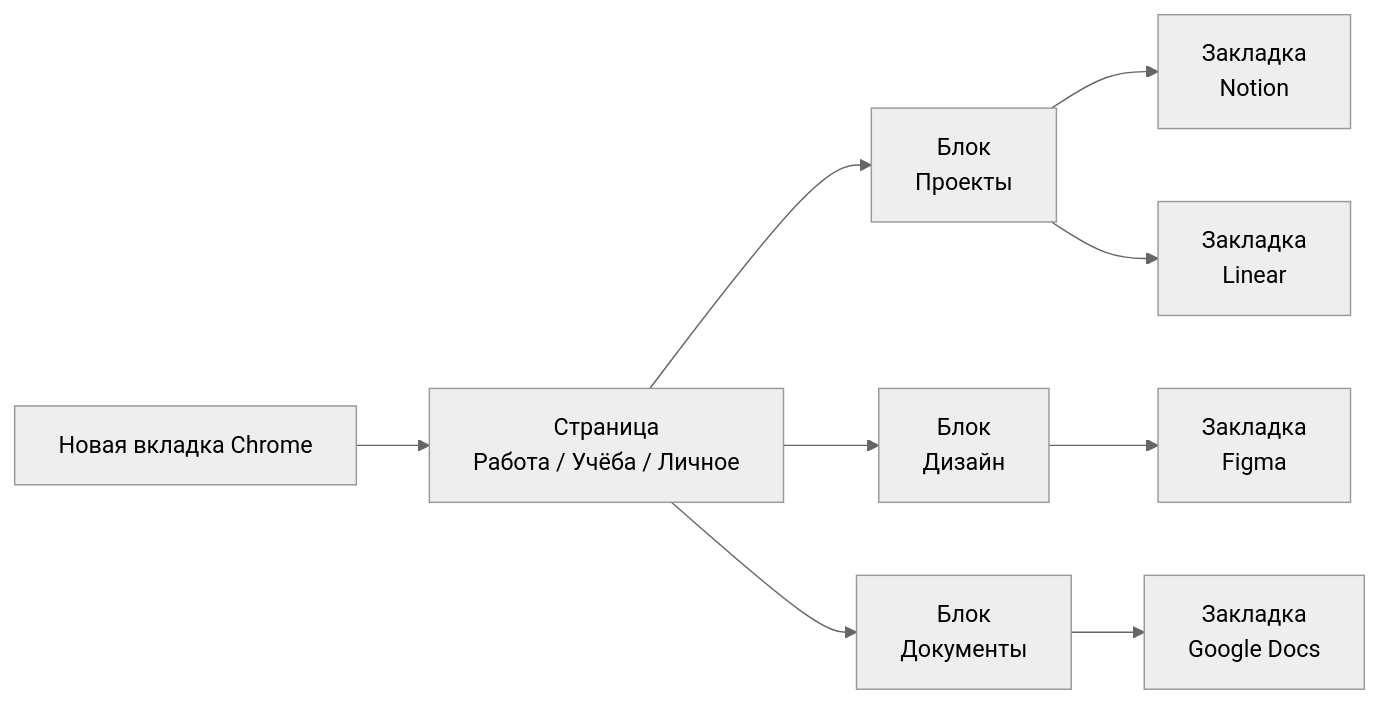
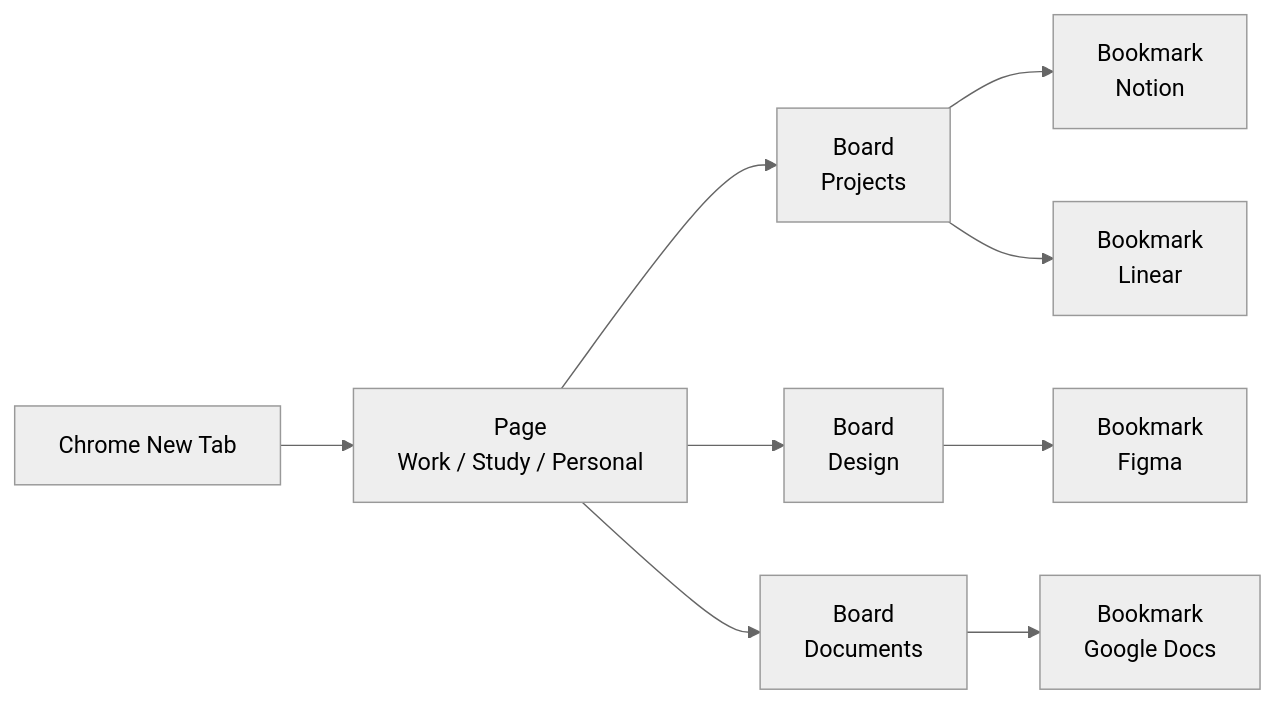
Before and after one commit to memodlike/Asterfold: the diagram in README.md, drawn with Mermaid (neutral theme). The commit also changed other lines of this file, not shown here.

````diff
--- a/README.md
+++ b/README.md
@@ -57,11 +54,11 @@
 ```mermaid
 flowchart LR
-    Chrome["Новая вкладка Chrome"] --> Page["Страница<br/>Работа / Учёба / Личное"]
-    Page --> Board1["Блок<br/>Проекты"]
-    Page --> Board2["Блок<br/>Дизайн"]
-    Page --> Board3["Блок<br/>Документы"]
-    Board1 --> Link1["Закладка<br/>Notion"]
-    Board1 --> Link2["Закладка<br/>Linear"]
-    Board2 --> Link3["Закладка<br/>Figma"]
-    Board3 --> Link4["Закладка<br/>Google Docs"]
+    Chrome["Chrome New Tab"] --> Page["Page<br/>Work / Study / Personal"]
+    Page --> Board1["Board<br/>Projects"]
+    Page --> Board2["Board<br/>Design"]
+    Page --> Board3["Board<br/>Documents"]
+    Board1 --> Link1["Bookmark<br/>Notion"]
+    Board1 --> Link2["Bookmark<br/>Linear"]
+    Board2 --> Link3["Bookmark<br/>Figma"]
+    Board3 --> Link4["Bookmark<br/>Google Docs"]
 ```
````
